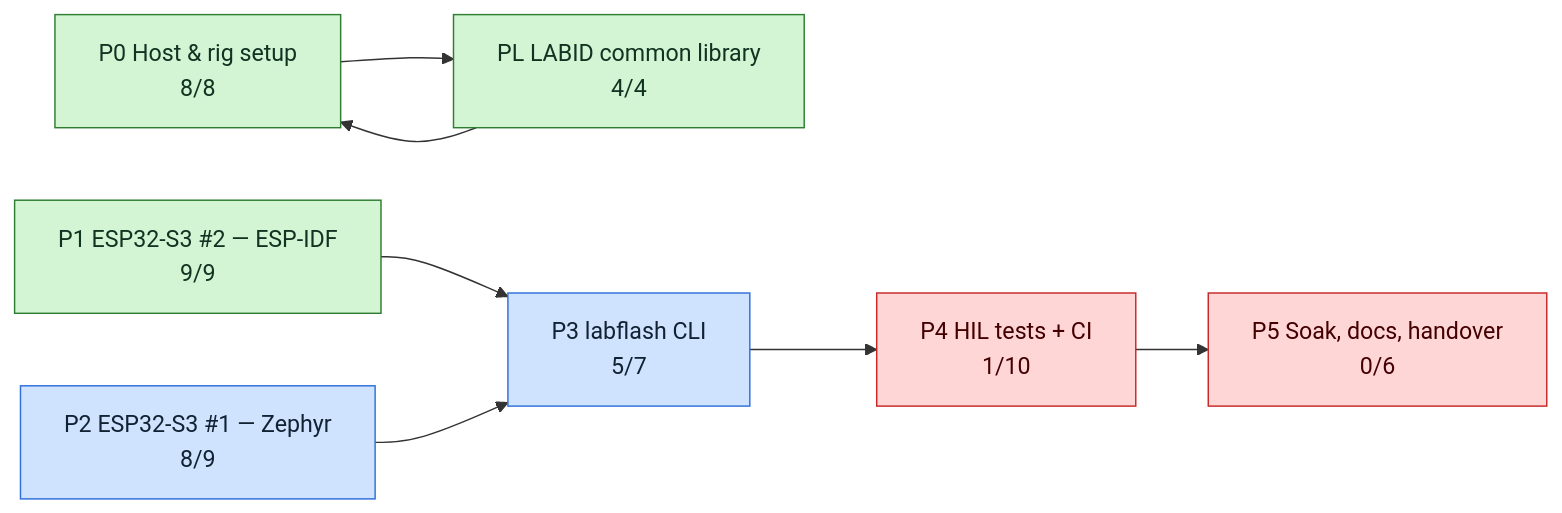
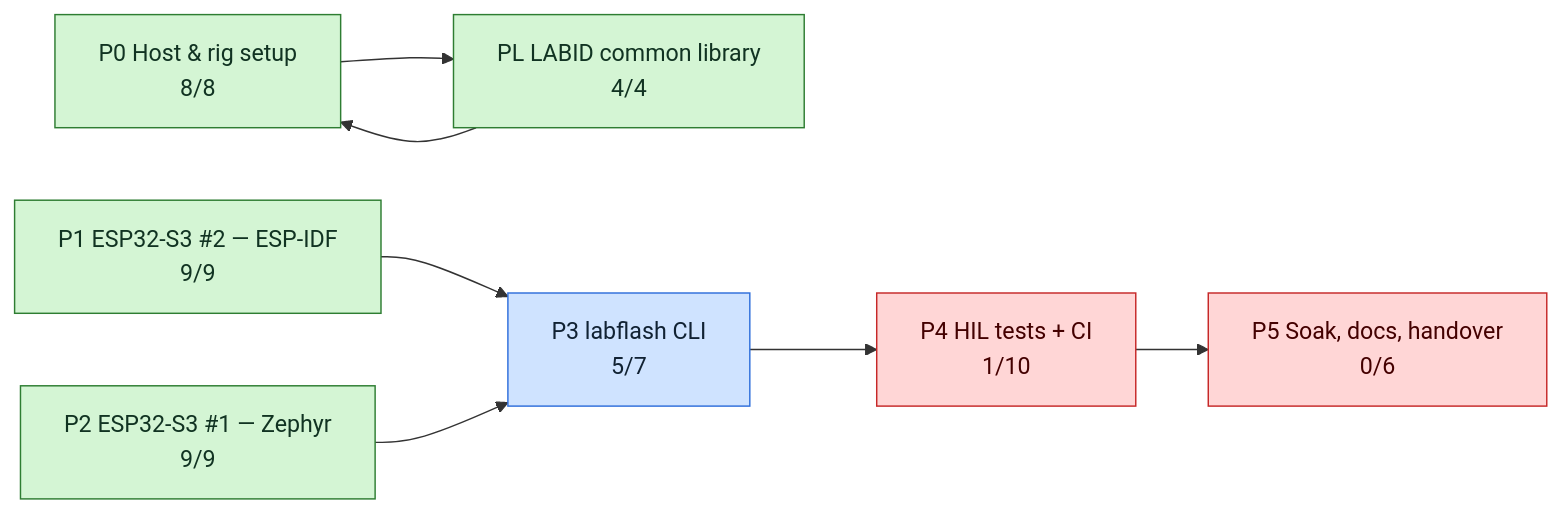
Before and after one commit to mohamed-soubhi/bootlab-esp: the second of 3 diagrams in tickets/TICKETS.md, drawn with Mermaid. The commit also changed other lines of this file and 6 other files, not shown here.

````diff
--- a/tickets/TICKETS.md
+++ b/tickets/TICKETS.md
@@ -36,20 +36,20 @@
 ```mermaid
 flowchart LR
     E0["P0 Host & rig setup<br/>8/8"]:::done
     EL["PL LABID common library<br/>4/4"]:::done
     E1["P1 ESP32-S3 #2 — ESP-IDF<br/>9/9"]:::done
-    E2["P2 ESP32-S3 #1 — Zephyr<br/>8/9"]:::doing
+    E2["P2 ESP32-S3 #1 — Zephyr<br/>9/9"]:::done
     E3["P3 labflash CLI<br/>5/7"]:::doing
     E4["P4 HIL tests + CI<br/>1/10"]:::blocked
     E5["P5 Soak, docs, handover<br/>0/6"]:::blocked
     E0 --> EL
     E1 --> E3
     E2 --> E3
     E3 --> E4
     E4 --> E5
     EL --> E0
     classDef todo fill:#eeeeee,stroke:#999,color:#333
     classDef doing fill:#cfe3ff,stroke:#2f6fdb,color:#123
     classDef blocked fill:#ffd6d6,stroke:#c62828,color:#400
     classDef done fill:#d4f5d4,stroke:#2e7d32,color:#132
 ```
````
